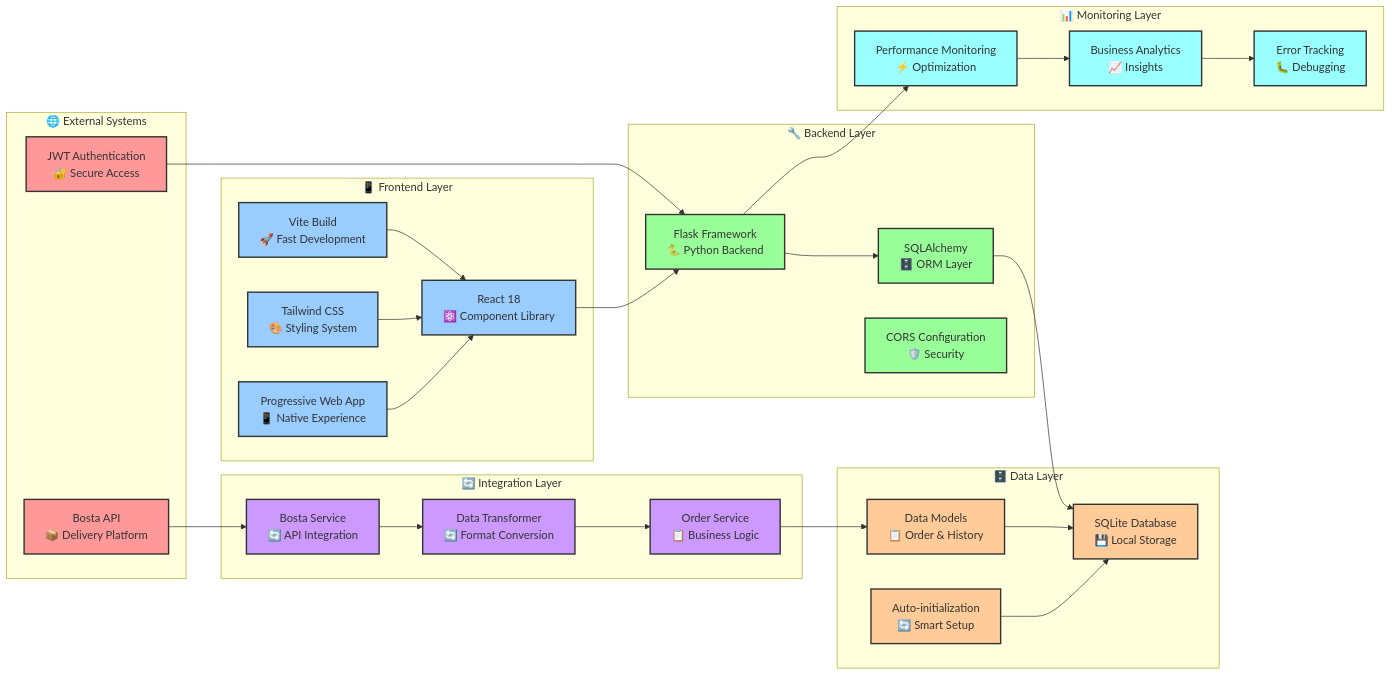
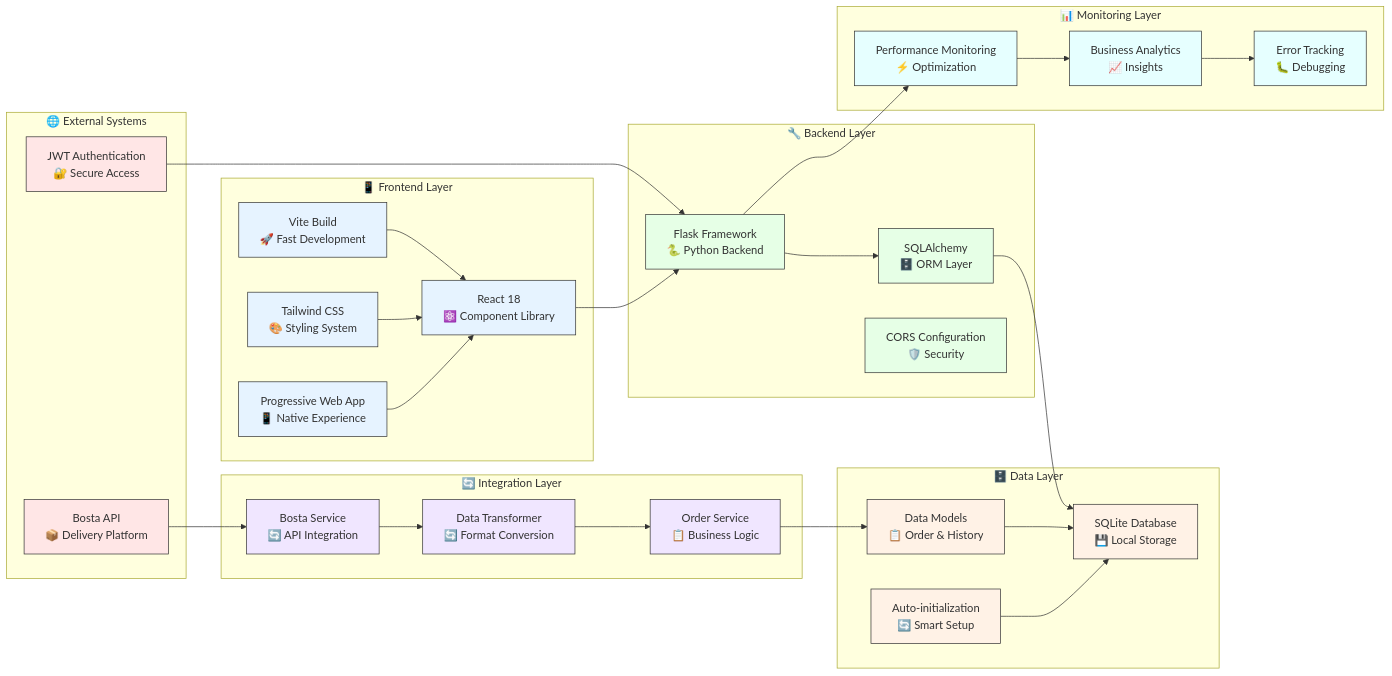
Before and after one commit to kariemSeiam/Hvar-Hub: the third of 4 diagrams in README.md, drawn with Mermaid. The commit also changed other lines of this file, not shown here.

First line of the commit message:
Fix Mermaid diagrams: Transparent backgrounds and syntax

````diff
--- a/README.md
+++ b/README.md
@@ -113,71 +113,71 @@
 ```mermaid
 graph LR
     subgraph "🌐 External Systems"
         BOSTA[Bosta API<br/>📦 Delivery Platform]
         AUTH[JWT Authentication<br/>🔐 Secure Access]
     end
     
     subgraph "📱 Frontend Layer"
         REACT[React 18<br/>⚛️ Component Library]
         VITE[Vite Build<br/>🚀 Fast Development]
         TAILWIND[Tailwind CSS<br/>🎨 Styling System]
         PWA[Progressive Web App<br/>📱 Native Experience]
     end
     
     subgraph "🔧 Backend Layer"
         FLASK[Flask Framework<br/>🐍 Python Backend]
         SQLALCHEMY[SQLAlchemy<br/>🗄️ ORM Layer]
         CORS[CORS Configuration<br/>🛡️ Security]
     end
     
     subgraph "🗄️ Data Layer"
         SQLITE[SQLite Database<br/>💾 Local Storage]
         MODELS[Data Models<br/>📋 Order & History]
         AUTO_INIT[Auto-initialization<br/>🔄 Smart Setup]
     end
     
     subgraph "🔄 Integration Layer"
         BOSTA_SERVICE[Bosta Service<br/>🔄 API Integration]
         TRANSFORM[Data Transformer<br/>🔄 Format Conversion]
         ORDER_SERVICE[Order Service<br/>📋 Business Logic]
     end
     
     subgraph "📊 Monitoring Layer"
         PERFORMANCE[Performance Monitoring<br/>⚡ Optimization]
         ANALYTICS[Business Analytics<br/>📈 Insights]
         ERROR_TRACKING[Error Tracking<br/>🐛 Debugging]
     end
     
     %% Connections
     BOSTA --> BOSTA_SERVICE
     AUTH --> FLASK
     REACT --> FLASK
     VITE --> REACT
     TAILWIND --> REACT
     PWA --> REACT
     FLASK --> SQLALCHEMY
     SQLALCHEMY --> SQLITE
     MODELS --> SQLITE
     AUTO_INIT --> SQLITE
     BOSTA_SERVICE --> TRANSFORM
     TRANSFORM --> ORDER_SERVICE
     ORDER_SERVICE --> MODELS
     FLASK --> PERFORMANCE
     PERFORMANCE --> ANALYTICS
     ANALYTICS --> ERROR_TRACKING
     
-    %% Styling
-    classDef external fill:#ff9999,stroke:#333,stroke-width:2px
-    classDef frontend fill:#99ccff,stroke:#333,stroke-width:2px
-    classDef backend fill:#99ff99,stroke:#333,stroke-width:2px
-    classDef data fill:#ffcc99,stroke:#333,stroke-width:2px
-    classDef integration fill:#cc99ff,stroke:#333,stroke-width:2px
-    classDef monitoring fill:#99ffff,stroke:#333,stroke-width:2px
+    %% Styling with transparent backgrounds
+    classDef external fill:#ffe6e6,stroke:#333,stroke-width:1px
+    classDef frontend fill:#e6f3ff,stroke:#333,stroke-width:1px
+    classDef backend fill:#e6ffe6,stroke:#333,stroke-width:1px
+    classDef data fill:#fff2e6,stroke:#333,stroke-width:1px
+    classDef integration fill:#f0e6ff,stroke:#333,stroke-width:1px
+    classDef monitoring fill:#e6ffff,stroke:#333,stroke-width:1px
     
     class BOSTA,AUTH external
     class REACT,VITE,TAILWIND,PWA frontend
     class FLASK,SQLALCHEMY,CORS backend
     class SQLITE,MODELS,AUTO_INIT data
     class BOSTA_SERVICE,TRANSFORM,ORDER_SERVICE integration
     class PERFORMANCE,ANALYTICS,ERROR_TRACKING monitoring
 ```
````
